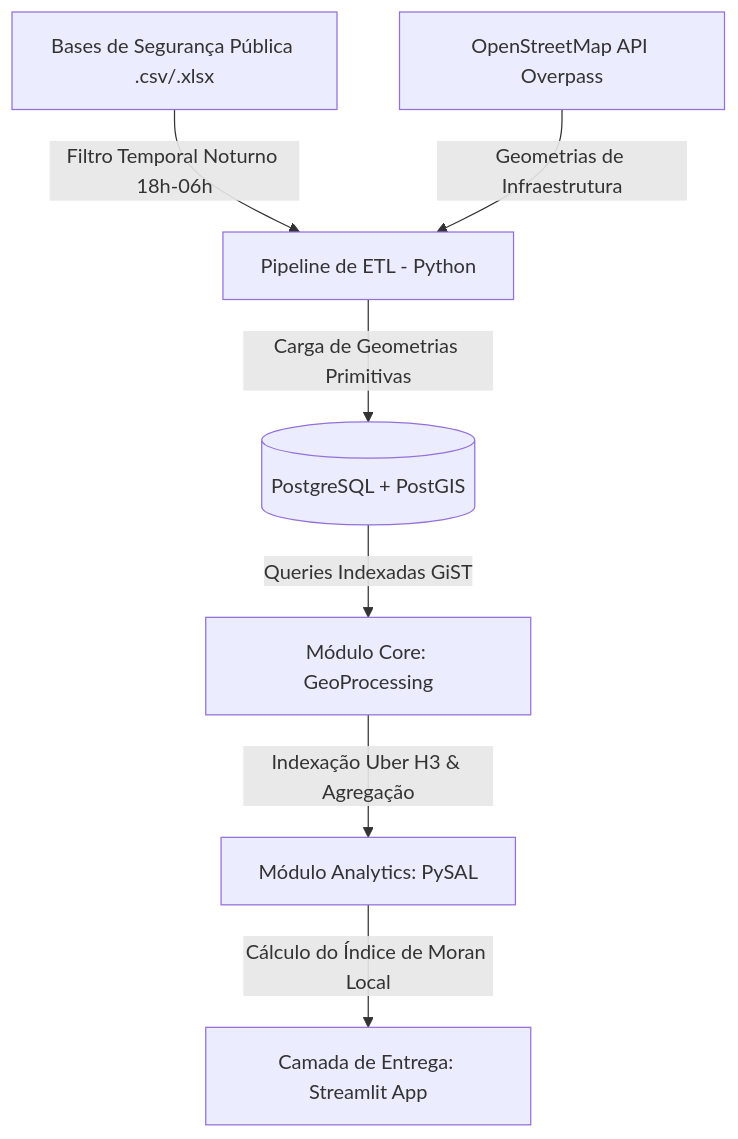
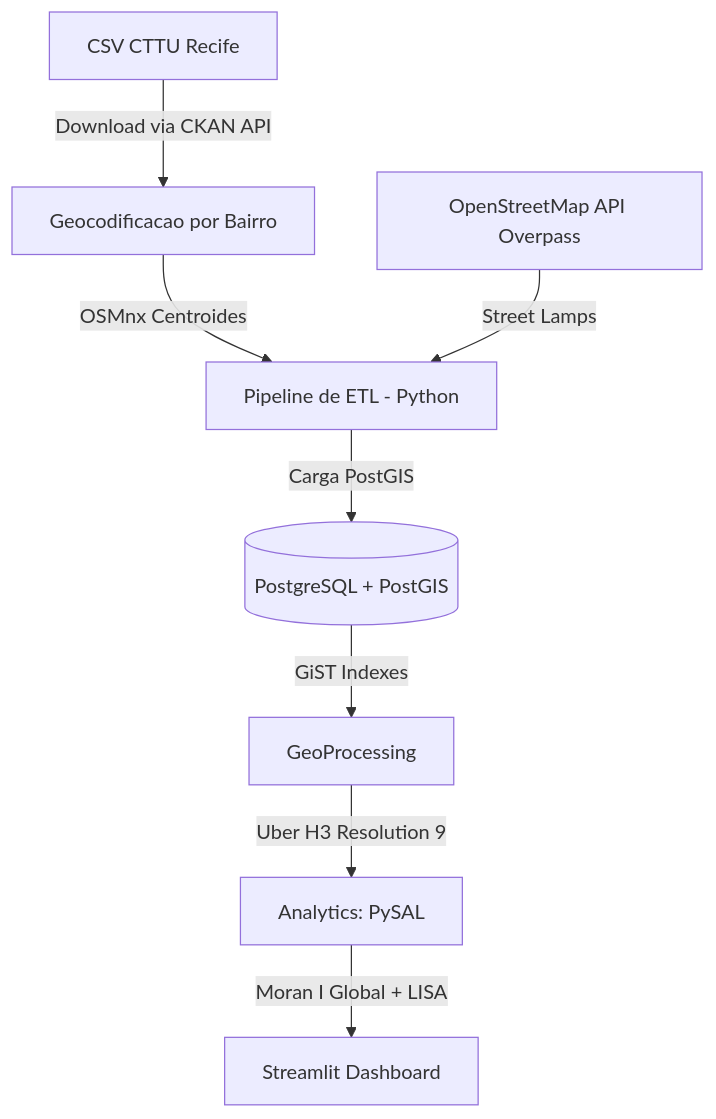
One commit to kfrural/safestreet-pipeline changed the diagram in README.md. Above: the diagram before and after it, drawn with Mermaid. The commit also changed other lines of this file and 6 other files, not shown here.

First line of the commit message:
docs: README, architecture docs, and improvement backlog

````diff
--- a/README.md
+++ b/README.md
@@ -17,10 +25,10 @@
 ```mermaid
 graph TD
-    A[Bases de Segurança Pública .csv/.xlsx] -->|Filtro Temporal Noturno 18h-06h| C[Pipeline de ETL - Python]
-    B[OpenStreetMap API Overpass] -->|Geometrias de Infraestrutura| C
-    C -->|Carga de Geometrias Primitivas| D[(PostgreSQL + PostGIS)]
-    D -->|Queries Indexadas GiST| E[Módulo Core: GeoProcessing]
-    E -->|Indexação Uber H3 & Agregação| F[Módulo Analytics: PySAL]
-    F -->|Cálculo do Índice de Moran Local| G[Camada de Entrega: Streamlit App]
-
+    A[CSV CTTU Recife] -->|Download via CKAN API| B[Geocodificacao por Bairro]
+    B -->|OSMnx Centroides| C[Pipeline de ETL - Python]
+    D[OpenStreetMap API Overpass] -->|Street Lamps| C
+    C -->|Carga PostGIS| E[(PostgreSQL + PostGIS)]
+    E -->|GiST Indexes| F[GeoProcessing]
+    F -->|Uber H3 Resolution 9| G[Analytics: PySAL]
+    G -->|Moran I Global + LISA| H[Streamlit Dashboard]
 ```
````
